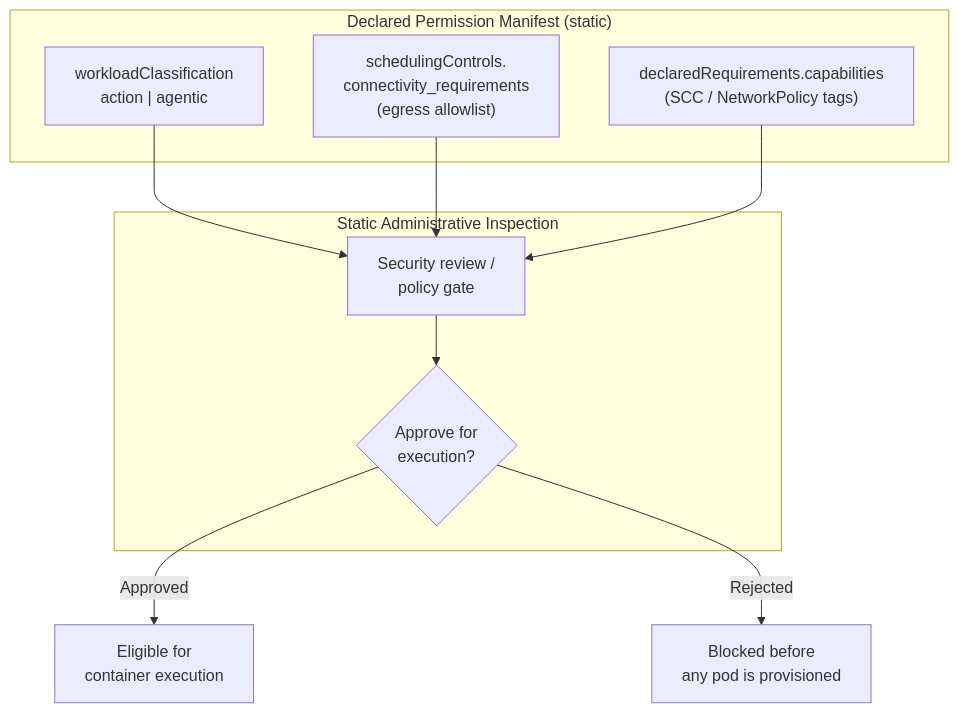
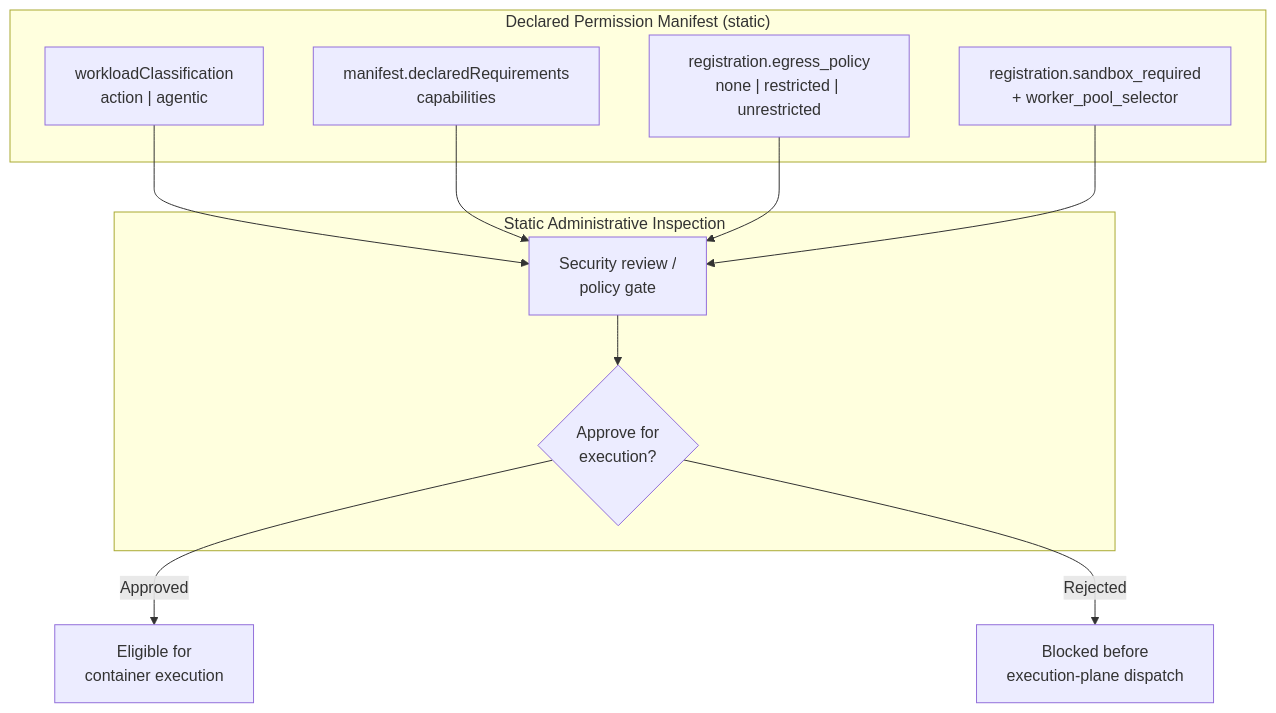
Before and after one commit to syntara-orchestration/syntara-node-sdk: the fifth of 5 diagrams in docs/architecture.md, drawn with Mermaid. The commit also changed other lines of this file and 15 other files, not shown here.

Commit message:
Update architecture docs and add OCI registry support

````diff
--- a/docs/architecture.md
+++ b/docs/architecture.md
@@ -463,20 +506,22 @@
 ```mermaid
 graph TB
     subgraph MANIFEST["Declared Permission Manifest (static)"]
         WC["workloadClassification<br/>action | agentic"]
-        CONN["schedulingControls.<br/>connectivity_requirements<br/>(egress allowlist)"]
-        CAPS["declaredRequirements.capabilities<br/>(SCC / NetworkPolicy tags)"]
+        REQS["manifest.declaredRequirements<br/>capabilities"]
+        CONN["registration.egress_policy<br/>none | restricted | unrestricted"]
+        CAPS["registration.sandbox_required<br/>+ worker_pool_selector"]
     end
 
     subgraph AUDIT["Static Administrative Inspection"]
         REVIEW["Security review /<br/>policy gate"]
         DECISION{"Approve for<br/>execution?"}
     end
 
     WC --> REVIEW
+    REQS --> REVIEW
     CONN --> REVIEW
     CAPS --> REVIEW
     REVIEW --> DECISION
     DECISION -->|Approved| ALLOW["Eligible for<br/>container execution"]
-    DECISION -->|Rejected| BLOCK["Blocked before<br/>any pod is provisioned"]
+    DECISION -->|Rejected| BLOCK["Blocked before<br/>execution-plane dispatch"]
 ```
````
